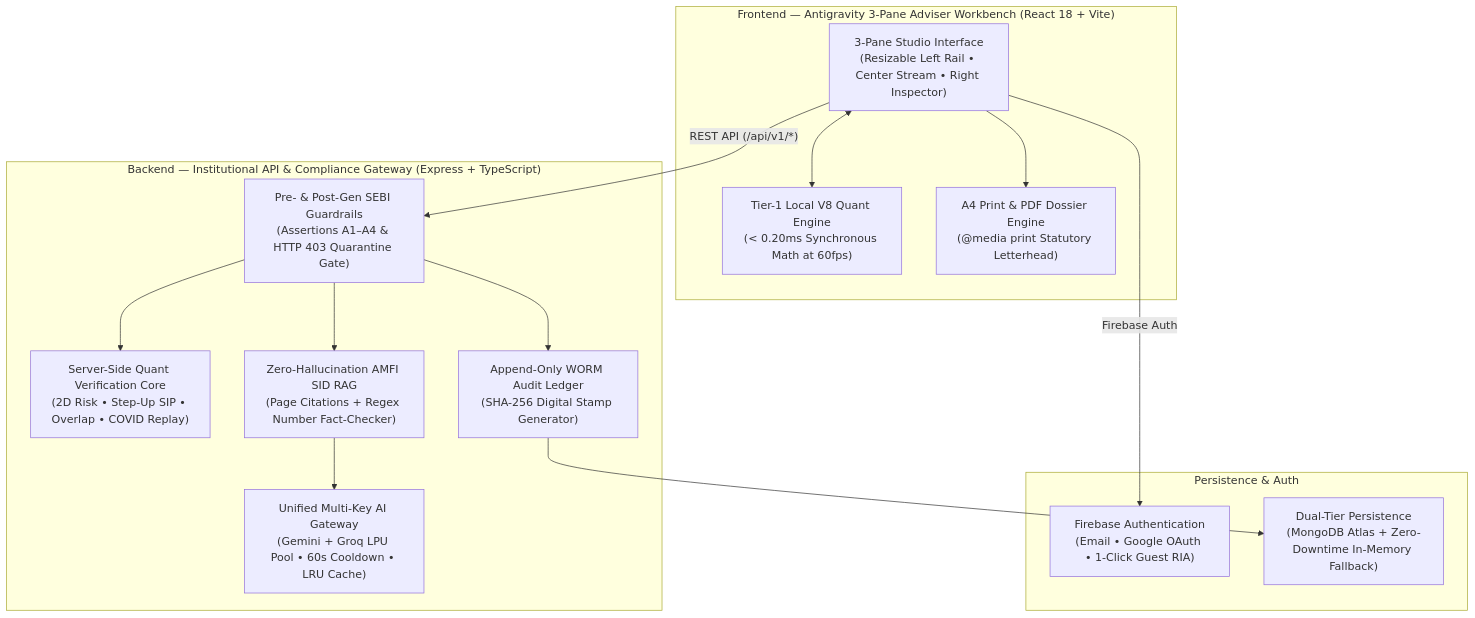
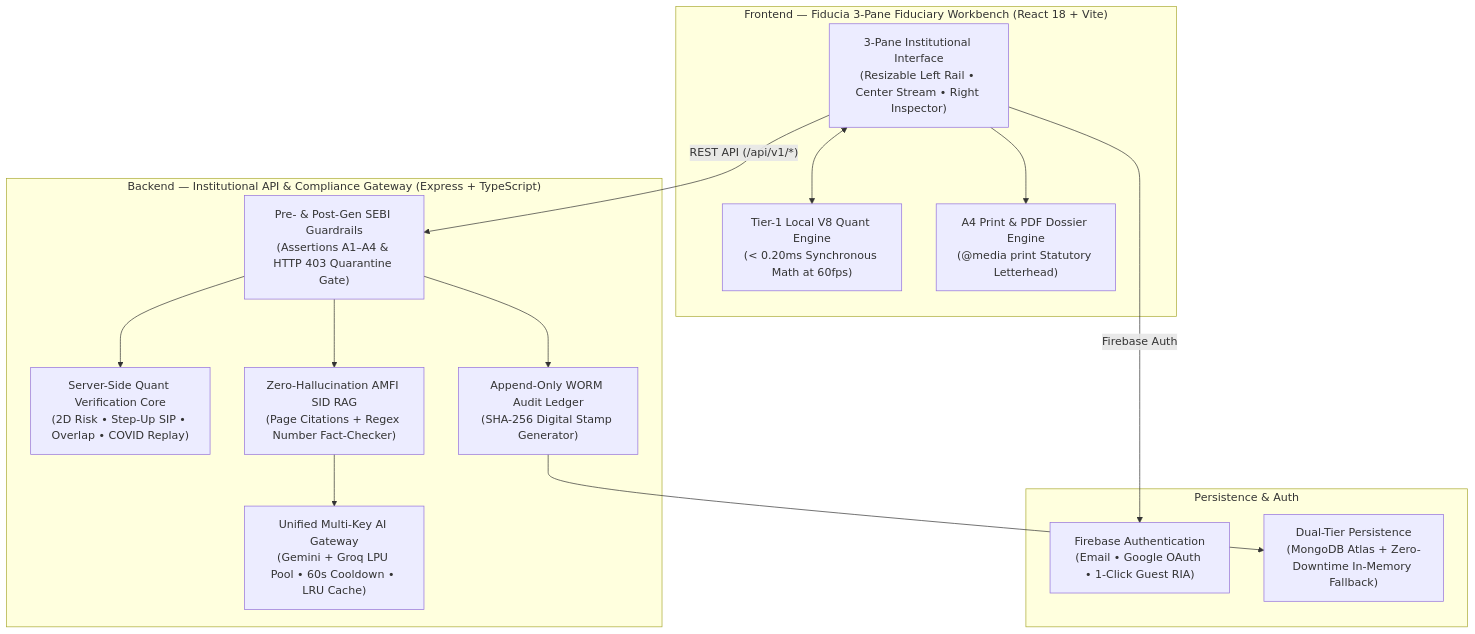
Before and after one commit to achyutpandey1212-source/fiducia: the first of 3 diagrams in README.md, drawn with Mermaid. The commit also changed other lines of this file, not shown here.

Commit message:
docs(readme): scrub external framework references and reinforce proprietary Fiducia branding

````diff
--- a/README.md
+++ b/README.md
@@ -46,31 +46,31 @@
 ```mermaid
 flowchart TB
-    subgraph Client ["Frontend — Antigravity 3-Pane Adviser Workbench (React 18 + Vite)"]
-        UI["3-Pane Studio Interface\n(Resizable Left Rail • Center Stream • Right Inspector)"]
+    subgraph Client ["Frontend — Fiducia 3-Pane Fiduciary Workbench (React 18 + Vite)"]
+        UI["3-Pane Institutional Interface\n(Resizable Left Rail • Center Stream • Right Inspector)"]
         LocalQuant["Tier-1 Local V8 Quant Engine\n(< 0.20ms Synchronous Math at 60fps)"]
         Dossier["A4 Print & PDF Dossier Engine\n(@media print Statutory Letterhead)"]
         UI <--> LocalQuant
         UI --> Dossier
     end
 
     subgraph Server ["Backend — Institutional API & Compliance Gateway (Express + TypeScript)"]
         Guardrails["Pre- & Post-Gen SEBI Guardrails\n(Assertions A1–A4 & HTTP 403 Quarantine Gate)"]
         QuantCore["Server-Side Quant Verification Core\n(2D Risk • Step-Up SIP • Overlap • COVID Replay)"]
         RAG["Zero-Hallucination AMFI SID RAG\n(Page Citations + Regex Number Fact-Checker)"]
         AIGateway["Unified Multi-Key AI Gateway\n(Gemini + Groq LPU Pool • 60s Cooldown • LRU Cache)"]
         WORM["Append-Only WORM Audit Ledger\n(SHA-256 Digital Stamp Generator)"]
     end
 
     subgraph Storage ["Persistence & Auth"]
         Firebase["Firebase Authentication\n(Email • Google OAuth • 1-Click Guest RIA)"]
         Mongo["Dual-Tier Persistence\n(MongoDB Atlas + Zero-Downtime In-Memory Fallback)"]
     end
 
     UI -- "Firebase Auth" --> Firebase
     UI -- "REST API (/api/v1/*)" --> Guardrails
     Guardrails --> QuantCore
     Guardrails --> RAG
     RAG --> AIGateway
     Guardrails --> WORM
     WORM --> Mongo
 ```
````
